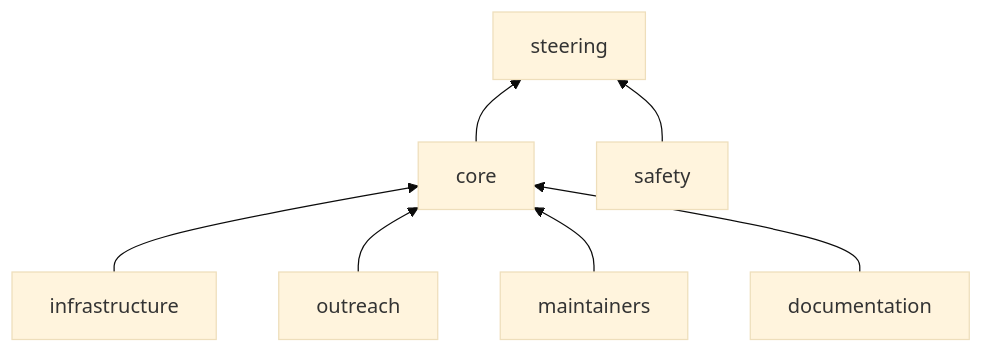
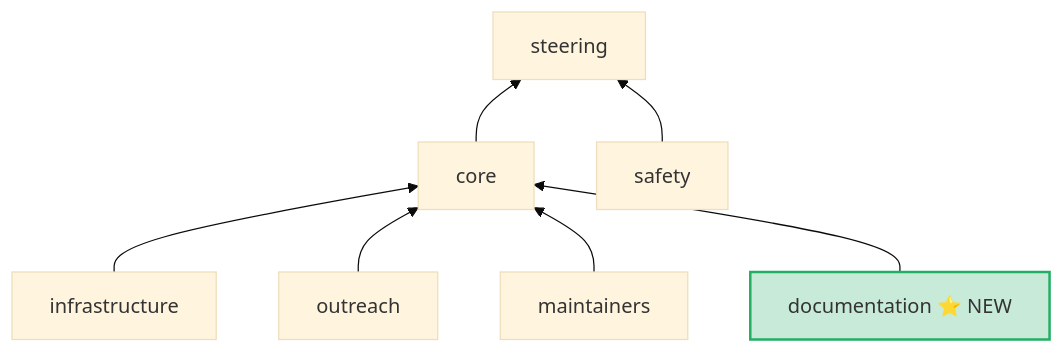
The first of 2 diagrams in sites/main-site/src/content/blog/2025/retreat-2025.mdx (nf-core/website), drawn with Mermaid (base theme) before and after one commit. The commit also changed other lines of this file, not shown here.

````diff
--- a/sites/main-site/src/content/blog/2025/retreat-2025.mdx
+++ b/sites/main-site/src/content/blog/2025/retreat-2025.mdx
@@ -36,9 +43,11 @@
 ```mermaid
 flowchart BT
     core --> steering
     infrastructure --> core
     outreach --> core
     maintainers --> core
     safety --> steering
-    documentation --> core
+    documentation[documentation ⭐ NEW] --> core
+    
+    style documentation fill:#22ae6340,stroke:#22ae63,stroke-width:2px
 ```
````
